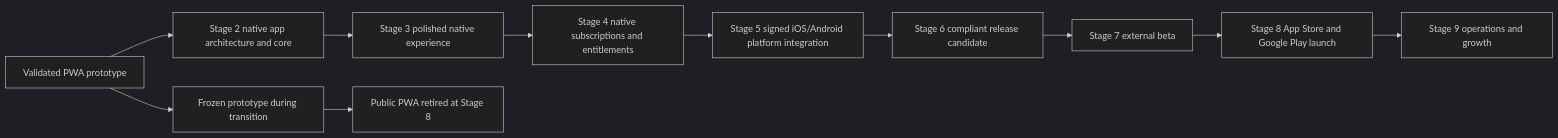
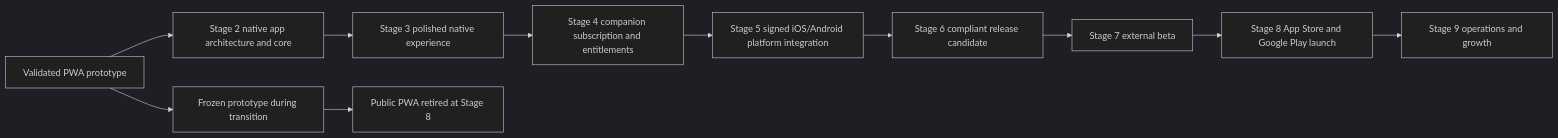
Before and after one commit to aizquier97-hub/Project-Bookmarkt: the second of 3 diagrams in docs/PRODUCT_ROADMAP.md, drawn with Mermaid (dark theme). The commit also changed other lines of this file and 8 other files, not shown here.

````diff
--- a/docs/PRODUCT_ROADMAP.md
+++ b/docs/PRODUCT_ROADMAP.md
@@ -224,13 +263,13 @@
 ```mermaid
 flowchart LR
     A[Validated PWA prototype] --> B[Stage 2 native app architecture and core]
     B --> C[Stage 3 polished native experience]
-    C --> D[Stage 4 native subscriptions and entitlements]
+    C --> D[Stage 4 companion subscription and entitlements]
     D --> E[Stage 5 signed iOS/Android platform integration]
     E --> F[Stage 6 compliant release candidate]
     F --> G[Stage 7 external beta]
     G --> H[Stage 8 App Store and Google Play launch]
     H --> I[Stage 9 operations and growth]
     A --> J[Frozen prototype during transition]
     J --> K[Public PWA retired at Stage 8]
 ```
````
